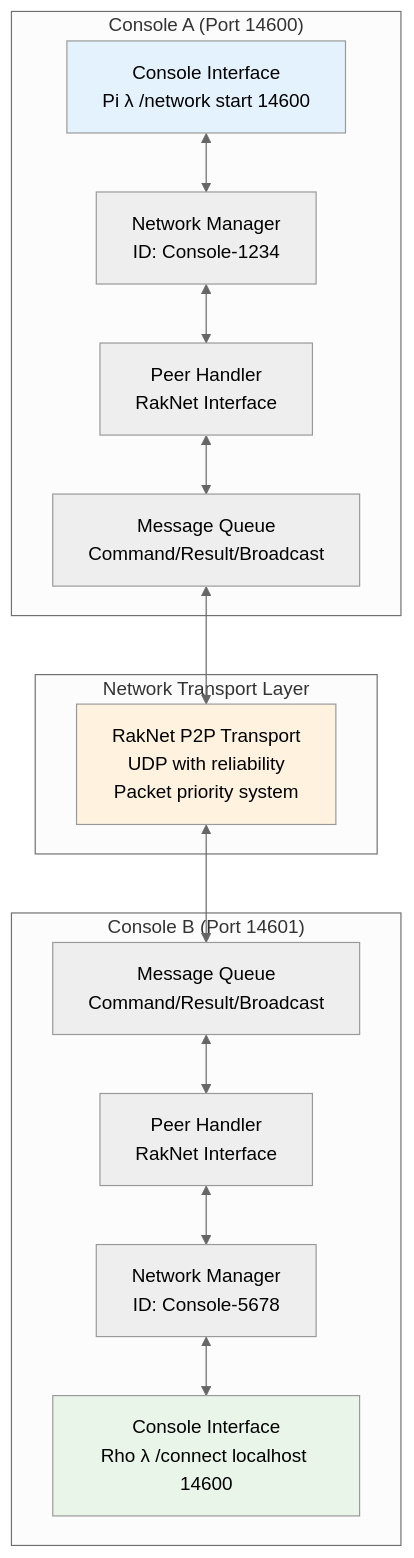
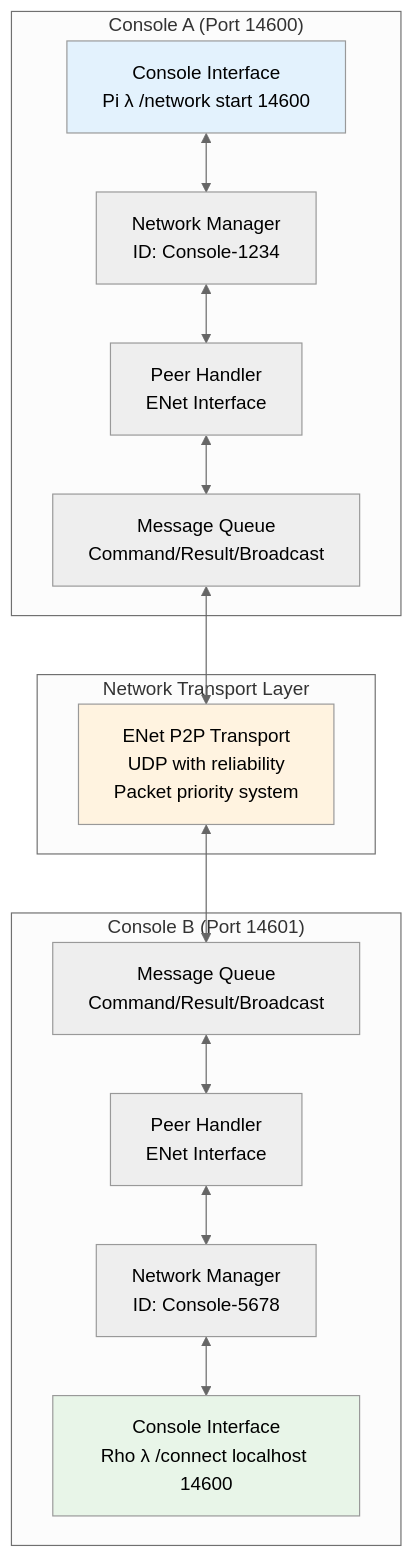
The first of 7 diagrams in resources/diagrams/console-networking-architecture.md (cschladetsch/CppKAI), drawn with Mermaid (neutral theme) before and after one commit. The commit also changed other lines of this file and 136 other files, not shown here.

Commit message:
Remove RakNet and add ENet transport abstraction

````diff
--- a/resources/diagrams/console-networking-architecture.md
+++ b/resources/diagrams/console-networking-architecture.md
@@ -5,34 +5,34 @@
 ```mermaid
 graph TB
     subgraph "Console A (Port 14600)"
         CA_UI["Console Interface<br/>Pi λ /network start 14600"]
         CA_NET["Network Manager<br/>ID: Console-1234"]
-        CA_PEER[Peer Handler<br/>RakNet Interface]
+        CA_PEER[Peer Handler<br/>ENet Interface]
         CA_MSG[Message Queue<br/>Command/Result/Broadcast]
     end
     
     subgraph "Network Transport Layer"
-        TRANSPORT[RakNet P2P Transport<br/>UDP with reliability<br/>Packet priority system]
+        TRANSPORT[ENet P2P Transport<br/>UDP with reliability<br/>Packet priority system]
     end
     
     subgraph "Console B (Port 14601)"
         CB_UI["Console Interface<br/>Rho λ /connect localhost 14600"]
         CB_NET["Network Manager<br/>ID: Console-5678"]
-        CB_PEER[Peer Handler<br/>RakNet Interface]
+        CB_PEER[Peer Handler<br/>ENet Interface]
         CB_MSG[Message Queue<br/>Command/Result/Broadcast]
     end
     
     CA_UI <--> CA_NET
     CA_NET <--> CA_PEER
     CA_PEER <--> CA_MSG
     CA_MSG <--> TRANSPORT
     
     TRANSPORT <--> CB_MSG
     CB_MSG <--> CB_PEER
     CB_PEER <--> CB_NET
     CB_NET <--> CB_UI
     
     style CA_UI fill:#e3f2fd
     style CB_UI fill:#e8f5e8
     style TRANSPORT fill:#fff3e0
 ```
````
